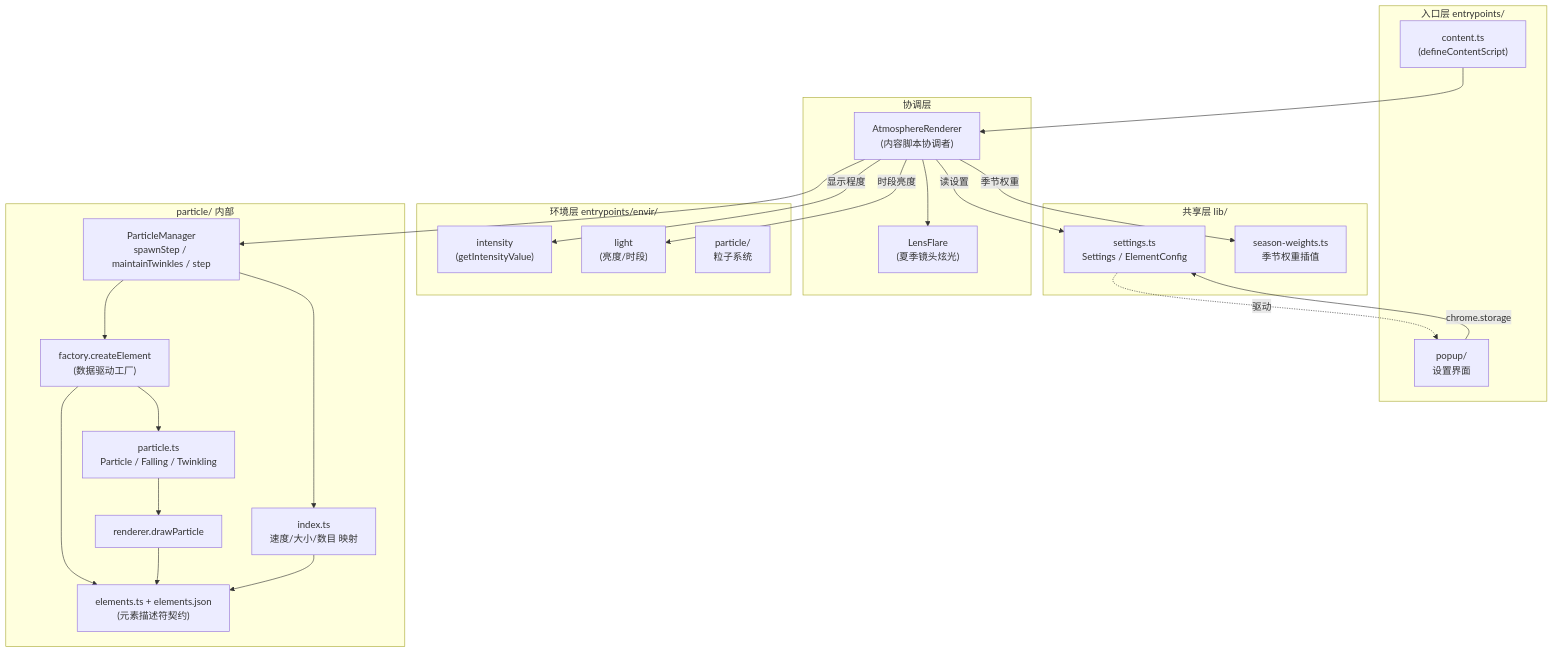
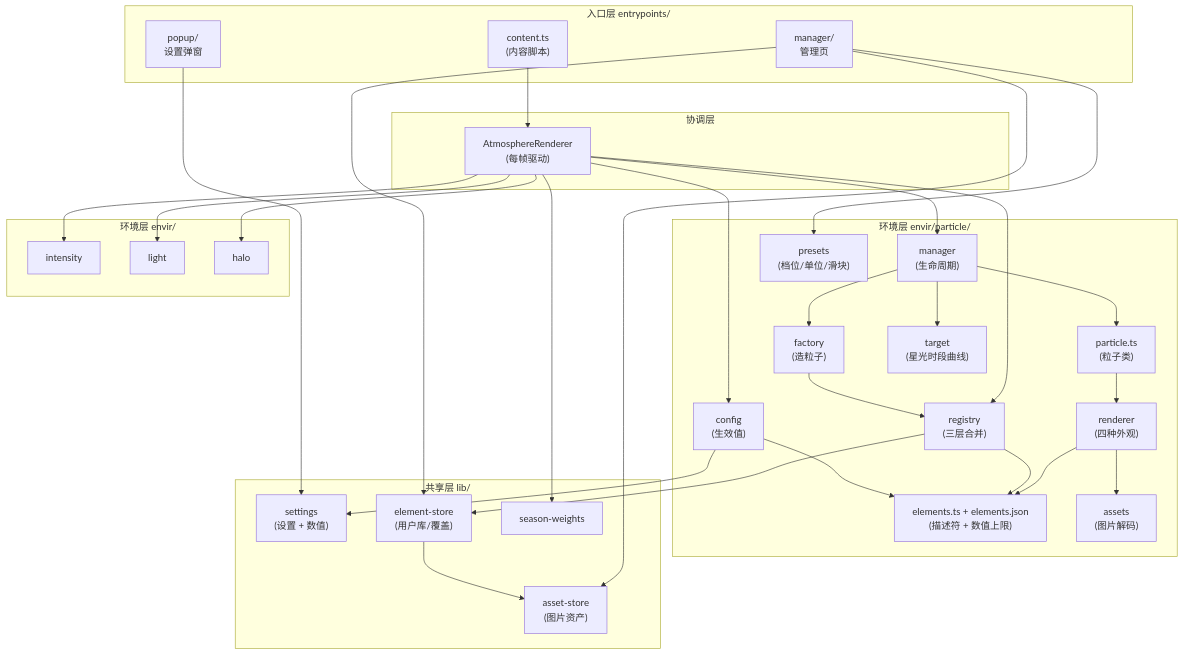
The first of 3 diagrams in docs/design.md (Flmpx/season-switch), drawn with Mermaid before and after one commit. The commit also changed other lines of this file and 4 other files, not shown here.

````diff
--- a/docs/design.md
+++ b/docs/design.md
@@ -14,49 +15,63 @@
 ```mermaid
 flowchart TD
     subgraph entry["入口层 entrypoints/"]
-        CS["content.ts\n(defineContentScript)"]
-        POP["popup/\n设置界面"]
+        CS["content.ts\n(内容脚本)"]
+        POP["popup/\n设置弹窗"]
+        MGR["manager/\n管理页"]
     end
 
     subgraph coord["协调层"]
-        AR["AtmosphereRenderer\n(内容脚本协调者)"]
-        LF["LensFlare\n(夏季镜头炫光)"]
+        AR["AtmosphereRenderer\n(每帧驱动)"]
     end
 
-    subgraph env["环境层 entrypoints/envir/"]
-        INT["intensity\n(getIntensityValue)"]
-        LIGHT["light\n(亮度/时段)"]
-        PART["particle/\n粒子系统"]
+    subgraph part["环境层 envir/particle/"]
+        REG["registry\n(三层合并)"]
+        ELS["elements.ts + elements.json\n(描述符 + 数值上限)"]
+        CFG["config\n(生效值)"]
+        FAC["factory\n(造粒子)"]
+        MNG["manager\n(生命周期)"]
+        PCL["particle.ts\n(粒子类)"]
+        REN["renderer\n(四种外观)"]
+        AST["assets\n(图片解码)"]
+        PRE["presets\n(档位/单位/滑块)"]
+        TGT["target\n(星光时段曲线)"]
     end
 
-    subgraph partdetail["particle/ 内部"]
-        MGR["ParticleManager\nspawnStep / maintainTwinkles / step"]
-        FAC["factory.createElement\n(数据驱动工厂)"]
-        ELS["elements.ts + elements.json\n(元素描述符契约)"]
-        PCLS["particle.ts\nParticle / Falling / Twinkling"]
-        REN["renderer.drawParticle"]
-        MAP["index.ts\n速度/大小/数目 映射"]
+    subgraph env["环境层 envir/"]
+        INT["intensity"]
+        LGT["light"]
+        HALO["halo"]
     end
 
     subgraph lib["共享层 lib/"]
-        SET["settings.ts\nSettings / ElementConfig"]
-        SW["season-weights.ts\n季节权重插值"]
+        SET["settings\n(设置 + 数值)"]
+        ES["element-store\n(用户库/覆盖)"]
+        AS["asset-store\n(图片资产)"]
+        SW["season-weights"]
     end
 
     CS --> AR
-    POP -->|chrome.storage| SET
-    AR -->|读设置| SET
-    AR -->|季节权重| SW
-    AR -->|显示程度| INT
-    AR -->|时段亮度| LIGHT
-    AR --> LF
-    AR --> MGR
-    MGR --> FAC
-    MGR --> MAP
-    FAC --> ELS
-    FAC --> PCLS
-    PCLS --> REN
+    AR --> REG
+    AR --> CFG
+    AR --> INT
+    AR --> LGT
+    AR --> HALO
+    AR --> MNG
+    AR --> SW
+    MNG --> FAC
+    MNG --> TGT
+    MNG --> PCL
+    FAC --> REG
+    PCL --> REN
+    REN --> AST
     REN --> ELS
-    SET -.驱动.-> POP
-    MAP --> ELS
+    REG --> ELS
+    REG --> ES
+    CFG --> SET
+    CFG --> ELS
+    POP --> SET
+    MGR --> ES
+    MGR --> AS
+    MGR --> PRE
+    ES --> AS
 ```
````
